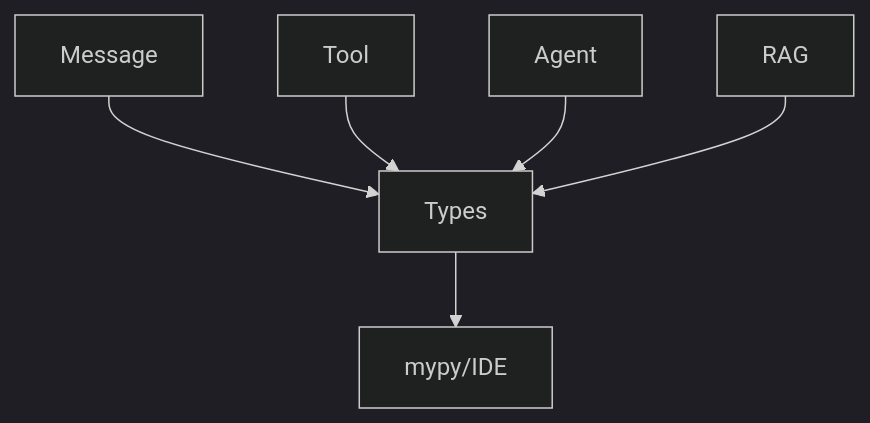
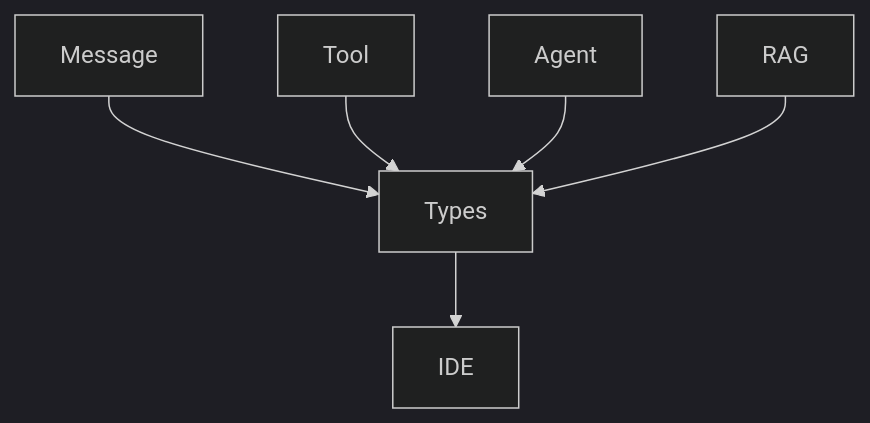
Before and after one commit to agentscope-ai/agentscope: the diagram in docs/types/SOP.md, drawn with Mermaid (dark theme). The commit also changed other lines of this file and 16 other files, not shown here.

````diff
--- a/docs/types/SOP.md
+++ b/docs/types/SOP.md
@@ -10,8 +10,8 @@
 ```mermaid
 graph TD
     Message --> Types
     Tool --> Types
     Agent --> Types
     RAG --> Types
-    Types --> StaticChecker[mypy/IDE]
+    Types --> StaticChecker[IDE]
 ```
````
